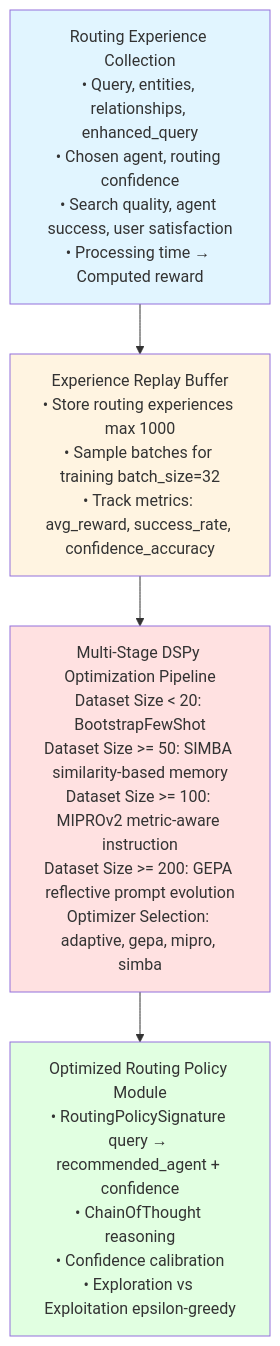
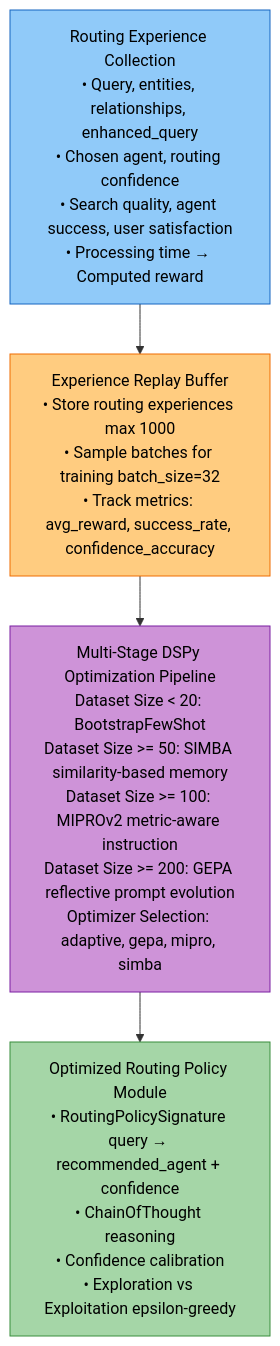
Before and after one commit to amit-jain/cogniverse: the second of 4 diagrams in docs/modules/optimization.md, drawn with Mermaid. The commit also changed other lines of this file and 83 other files, not shown here.

First line of the commit message:
Fix documentation veracity, formatting, and diagrams across all modules

````diff
--- a/docs/modules/optimization.md
+++ b/docs/modules/optimization.md
@@ -102,15 +104,15 @@
 ```mermaid
-graph TB
-    Collection[Routing Experience Collection<br/>• Query, entities, relationships, enhanced_query<br/>• Chosen agent, routing confidence<br/>• Search quality, agent success, user satisfaction<br/>• Processing time → Computed reward]
+flowchart TB
+    Collection["<span style='color:#000'>Routing Experience Collection<br/>• Query, entities, relationships, enhanced_query<br/>• Chosen agent, routing confidence<br/>• Search quality, agent success, user satisfaction<br/>• Processing time → Computed reward</span>"]
 
-    Collection --> Buffer[Experience Replay Buffer<br/>• Store routing experiences max 1000<br/>• Sample batches for training batch_size=32<br/>• Track metrics: avg_reward, success_rate, confidence_accuracy]
+    Collection --> Buffer["<span style='color:#000'>Experience Replay Buffer<br/>• Store routing experiences max 1000<br/>• Sample batches for training batch_size=32<br/>• Track metrics: avg_reward, success_rate, confidence_accuracy</span>"]
 
-    Buffer --> Pipeline[Multi-Stage DSPy Optimization Pipeline<br/>Dataset Size < 20: BootstrapFewShot<br/>Dataset Size >= 50: SIMBA similarity-based memory<br/>Dataset Size >= 100: MIPROv2 metric-aware instruction<br/>Dataset Size >= 200: GEPA reflective prompt evolution<br/>Optimizer Selection: adaptive, gepa, mipro, simba]
+    Buffer --> Pipeline["<span style='color:#000'>Multi-Stage DSPy Optimization Pipeline<br/>Dataset Size < 20: BootstrapFewShot<br/>Dataset Size >= 50: SIMBA similarity-based memory<br/>Dataset Size >= 100: MIPROv2 metric-aware instruction<br/>Dataset Size >= 200: GEPA reflective prompt evolution<br/>Optimizer Selection: adaptive, gepa, mipro, simba</span>"]
 
-    Pipeline --> Policy[Optimized Routing Policy Module<br/>• RoutingPolicySignature query → recommended_agent + confidence<br/>• ChainOfThought reasoning<br/>• Confidence calibration<br/>• Exploration vs Exploitation epsilon-greedy]
+    Pipeline --> Policy["<span style='color:#000'>Optimized Routing Policy Module<br/>• RoutingPolicySignature query → recommended_agent + confidence<br/>• ChainOfThought reasoning<br/>• Confidence calibration<br/>• Exploration vs Exploitation epsilon-greedy</span>"]
 
-    style Collection fill:#e1f5ff
-    style Buffer fill:#fff4e1
-    style Pipeline fill:#ffe1e1
-    style Policy fill:#e1ffe1
+    style Collection fill:#90caf9,stroke:#1565c0,color:#000
+    style Buffer fill:#ffcc80,stroke:#ef6c00,color:#000
+    style Pipeline fill:#ce93d8,stroke:#7b1fa2,color:#000
+    style Policy fill:#a5d6a7,stroke:#388e3c,color:#000
 ```
````
